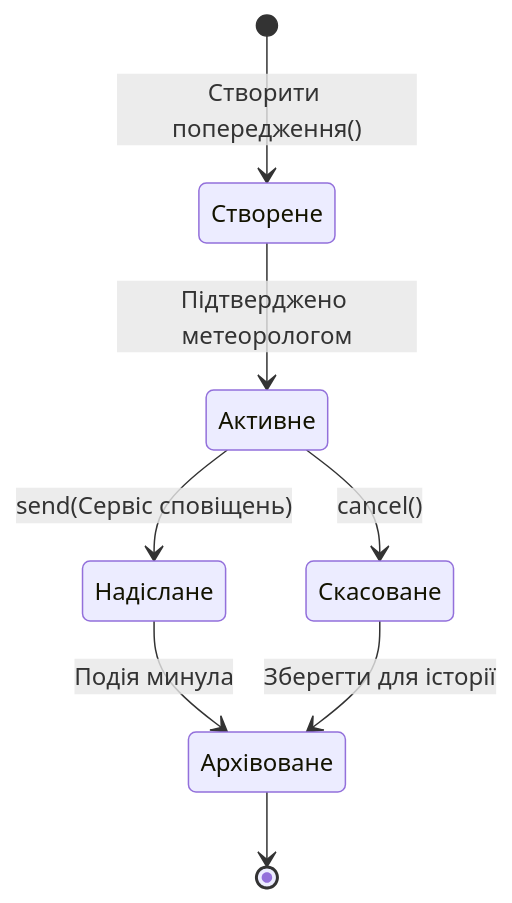
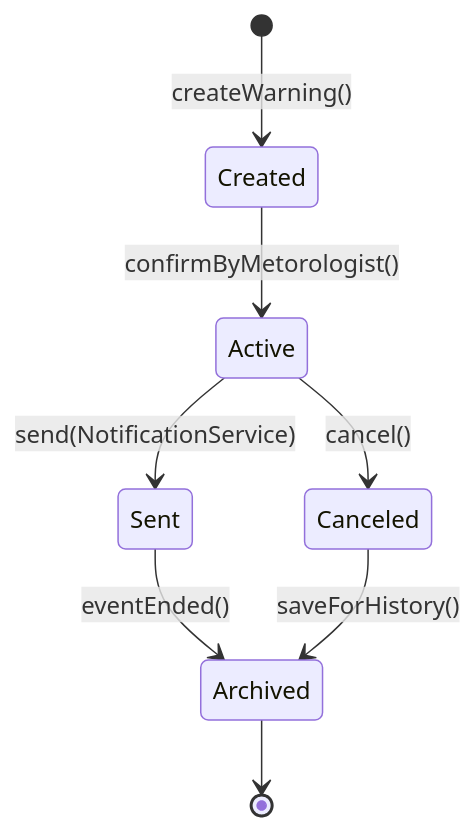
Before and after one commit to MartynenkoMS/INDZ: the diagram in docs/state.mmd, drawn with Mermaid. The commit also changed 4 other files, not shown here.

```diff
--- a/docs/state.mmd
+++ b/docs/state.mmd
@@ -1,11 +1,11 @@
 stateDiagram-v2
-    [*] --> Створене : Створити попередження()
+    [*] --> Created : createWarning()
 
-    Створене --> Активне : Підтверджено метеорологом
-    Активне --> Надіслане : send(Сервіс сповіщень)
-    Активне --> Скасоване : cancel()
+    Created --> Active : confirmByMetorologist()
+    Active --> Sent : send(NotificationService)
+    Active --> Canceled : cancel()
 
-    Надіслане --> Архівоване : Подія минула
-    Скасоване --> Архівоване : Зберегти для історії
+    Sent --> Archived : eventEnded()
+    Canceled --> Archived : saveForHistory()
 
-    Архівоване --> [*]
+    Archived --> [*]
```
